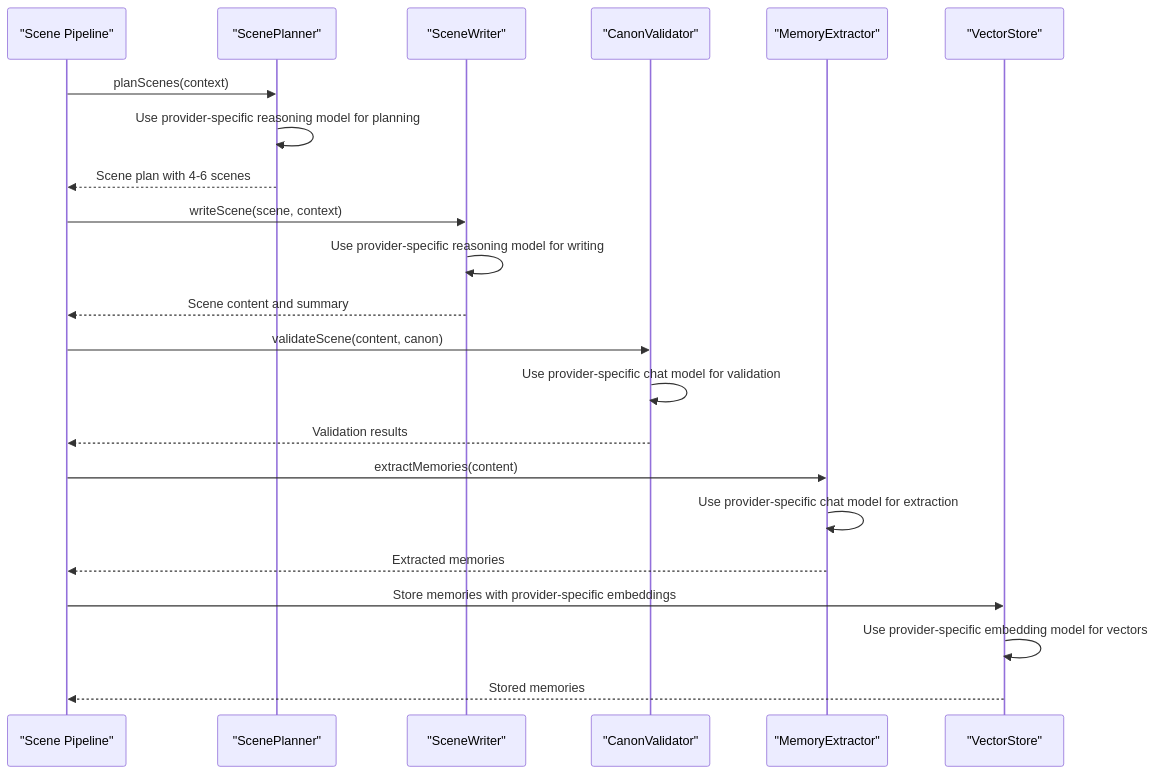
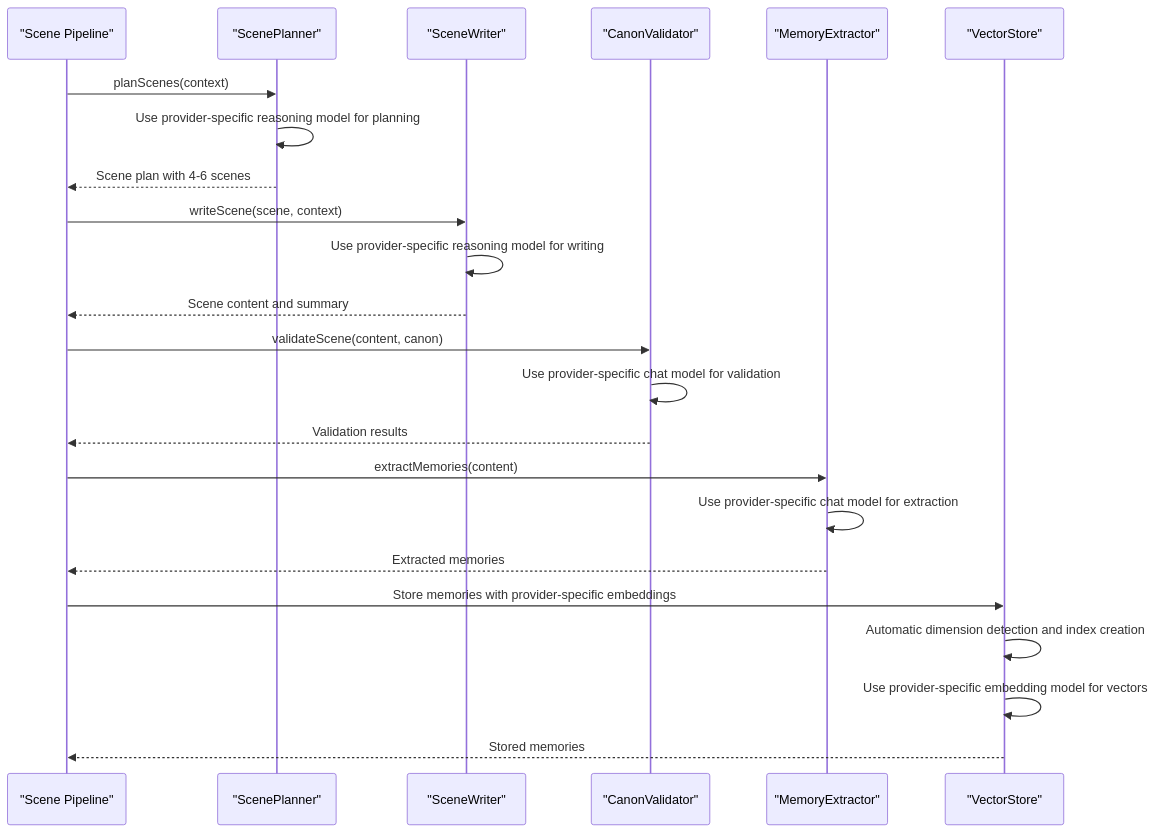
One commit to liwonder/NARRITIVE_OS changed the eighth of 9 diagrams in .qoder/repowiki/en/content/LLM Integration and Configuration.md. Above: the diagram before and after it, drawn with Mermaid. The commit also changed other lines of this file and 14 other files, not shown here.

````diff
--- a/.qoder/repowiki/en/content/LLM Integration and Configuration.md
+++ b/.qoder/repowiki/en/content/LLM Integration and Configuration.md
@@ -589,24 +644,25 @@
 ```mermaid
 sequenceDiagram
 participant Pipeline as "Scene Pipeline"
 participant Planner as "ScenePlanner"
 participant Writer as "SceneWriter"
 participant Validator as "CanonValidator"
 participant Extractor as "MemoryExtractor"
 participant Vector as "VectorStore"
 Pipeline->>Planner : planScenes(context)
 Planner->>Planner : Use provider-specific reasoning model for planning
 Planner-->>Pipeline : Scene plan with 4-6 scenes
 Pipeline->>Writer : writeScene(scene, context)
 Writer->>Writer : Use provider-specific reasoning model for writing
 Writer-->>Pipeline : Scene content and summary
 Pipeline->>Validator : validateScene(content, canon)
 Validator->>Validator : Use provider-specific chat model for validation
 Validator-->>Pipeline : Validation results
 Pipeline->>Extractor : extractMemories(content)
 Extractor->>Extractor : Use provider-specific chat model for extraction
 Extractor-->>Pipeline : Extracted memories
 Pipeline->>Vector : Store memories with provider-specific embeddings
+Vector->>Vector : Automatic dimension detection and index creation
 Vector->>Vector : Use provider-specific embedding model for vectors
 Vector-->>Pipeline : Stored memories
 ```
````
